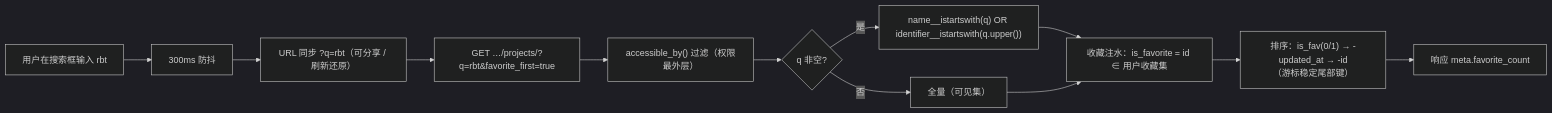
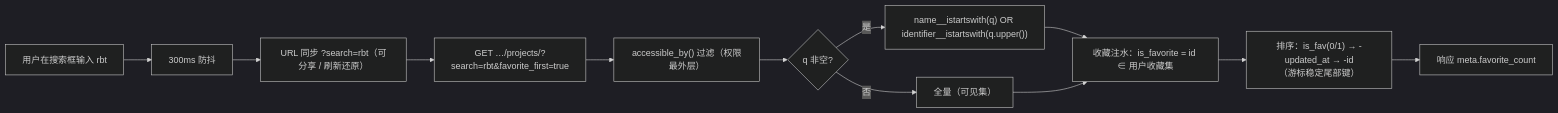
One commit to RabbitAI-Lab/RabbitProjects changed the fourth of 7 diagrams in docs/sprint-1-mvp/PROJ-002-member-search.md. Above: the diagram before and after it, drawn with Mermaid (dark theme). The commit also changed other lines of this file and 11 other files, not shown here.

````diff
--- a/docs/sprint-1-mvp/PROJ-002-member-search.md
+++ b/docs/sprint-1-mvp/PROJ-002-member-search.md
@@ -196,14 +196,14 @@
 ```mermaid
 flowchart LR
     A["用户在搜索框输入 rbt"] --> B["300ms 防抖"]
-    B --> C["URL 同步 ?q=rbt（可分享 / 刷新还原）"]
-    C --> D["GET …/projects/?q=rbt&favorite_first=true"]
+    B --> C["URL 同步 ?search=rbt（可分享 / 刷新还原）"]
+    C --> D["GET …/projects/?search=rbt&favorite_first=true"]
     D --> E["accessible_by() 过滤（权限最外层）"]
     E --> F{"q 非空?"}
     F -->|是| G["name__istartswith(q) OR identifier__istartswith(q.upper())"]
     F -->|否| H["全量（可见集）"]
     G --> I["收藏注水：is_favorite = id ∈ 用户收藏集"]
     H --> I
     I --> J["排序：is_fav(0/1) → -updated_at → -id<br/>（游标稳定尾部键）"]
     J --> K["响应 meta.favorite_count"]
 ```
````
